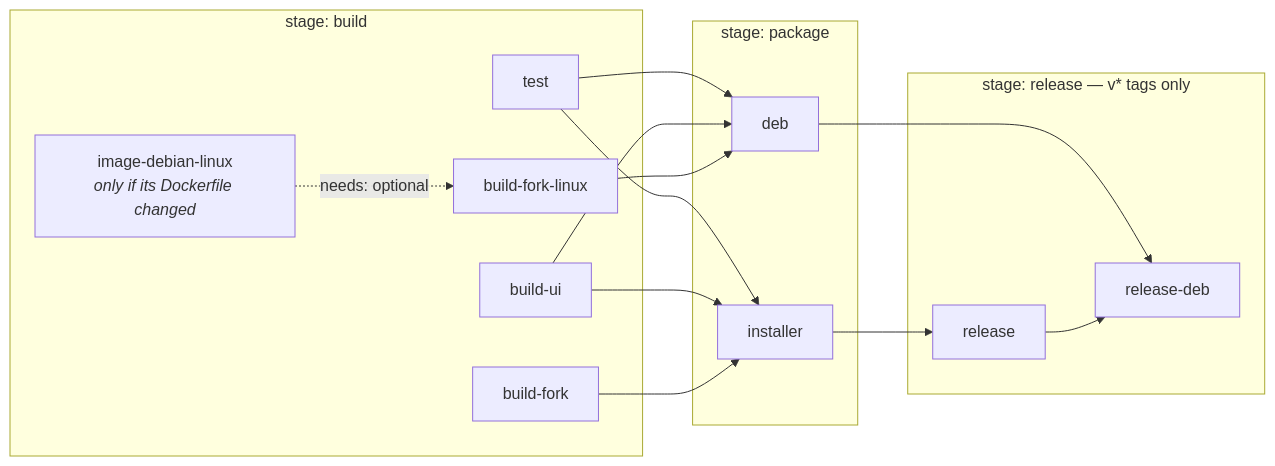
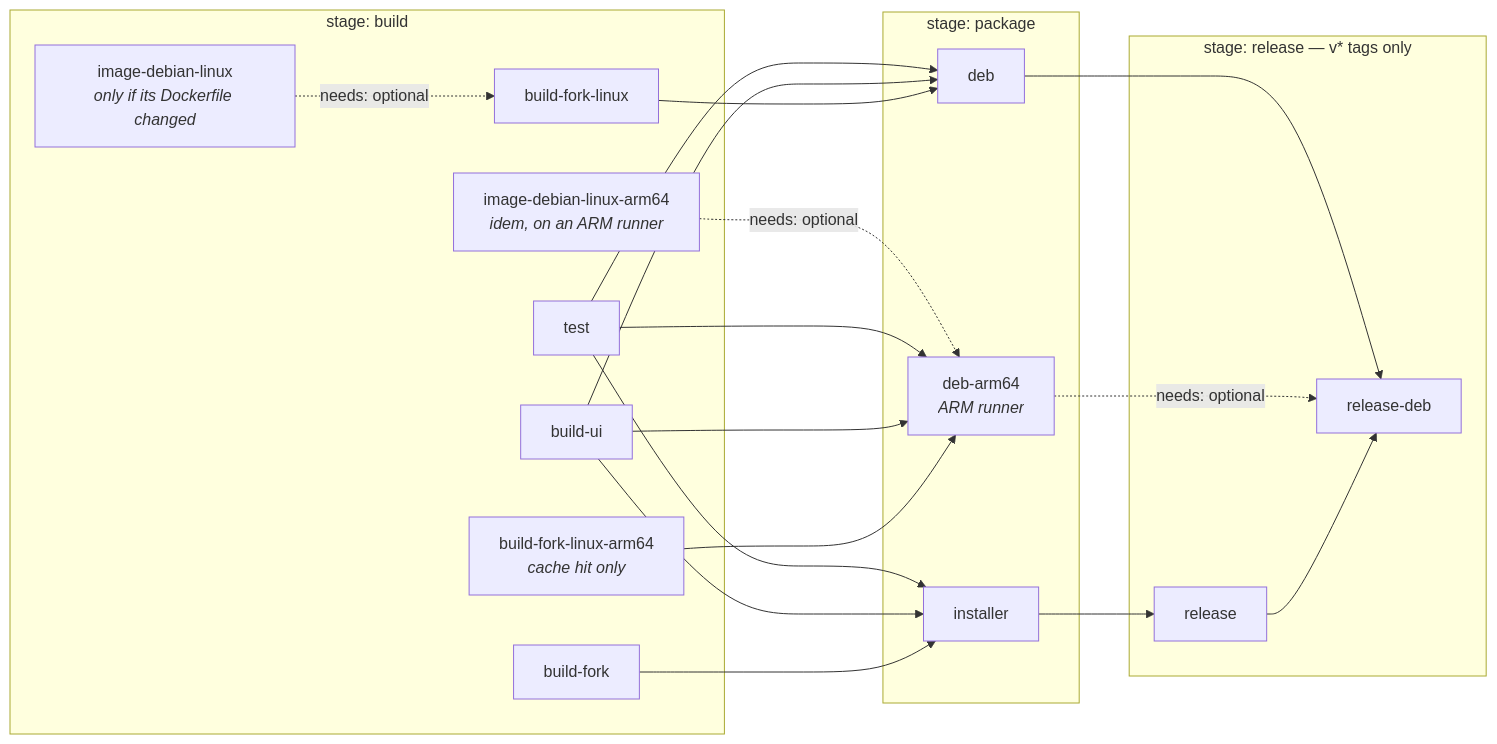
Before and after one commit to CollectiFrog/KyberFrog: the diagram in docs/dev/releasing.md, drawn with Mermaid. The commit also changed other lines of this file and 5 other files, not shown here.

````diff
--- a/docs/dev/releasing.md
+++ b/docs/dev/releasing.md
@@ -35,29 +38,37 @@
 ```mermaid
 flowchart LR
     subgraph b["stage: build"]
         T["test"]
         U["build-ui"]
         FW["build-fork"]
         FL["build-fork-linux"]
+        FA["build-fork-linux-arm64<br/><i>cache hit only</i>"]
         IMG["image-debian-linux<br/><i>only if its Dockerfile changed</i>"]
+        IMGA["image-debian-linux-arm64<br/><i>idem, on an ARM runner</i>"]
     end
     subgraph p["stage: package"]
         I["installer"]
         D["deb"]
+        DA["deb-arm64<br/><i>ARM runner</i>"]
     end
     subgraph r["stage: release — v* tags only"]
         R["release"]
         RD["release-deb"]
     end
 
     IMG -.->|"needs: optional"| FL
+    IMGA -.->|"needs: optional"| DA
     T --> I
     U --> I
     FW --> I
     T --> D
     U --> D
     FL --> D
+    T --> DA
+    U --> DA
+    FA --> DA
     I --> R
     D --> RD
+    DA -.->|"needs: optional"| RD
     R --> RD
 ```
````
